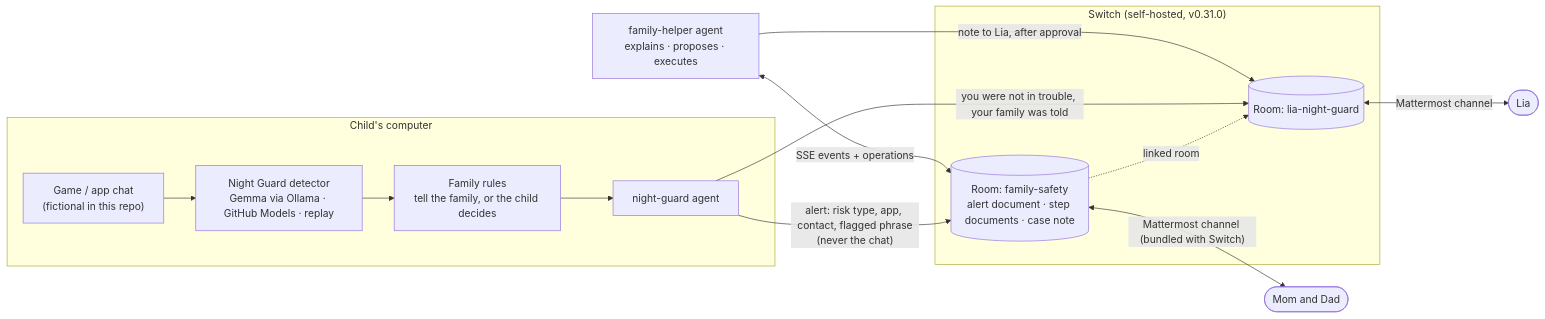
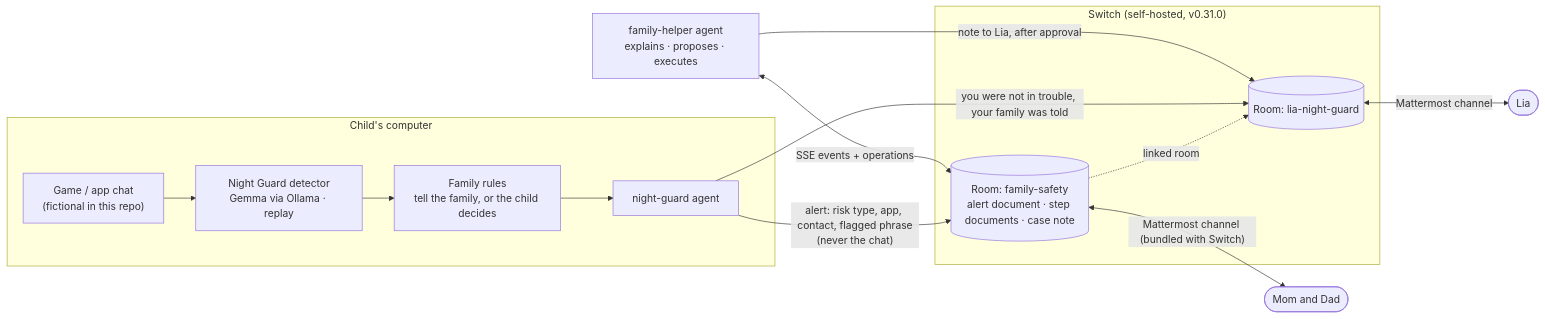
One commit to jenniferevangelista-de/night-guard-switch changed the diagram in README.md. Above: the diagram before and after it, drawn with Mermaid. The commit also changed other lines of this file and 3 other files, not shown here.

````diff
--- a/README.md
+++ b/README.md
@@ -43,19 +43,19 @@
 ```mermaid
 flowchart LR
   subgraph PC["Child's computer"]
-    chat["Game / app chat<br/>(fictional in this repo)"] --> det["Night Guard detector<br/>Gemma via Ollama · GitHub Models · replay"]
+    chat["Game / app chat<br/>(fictional in this repo)"] --> det["Night Guard detector<br/>Gemma via Ollama · replay"]
     det --> rules["Family rules<br/>tell the family, or the child decides"]
     rules --> ng["night-guard agent"]
   end
   subgraph SW["Switch (self-hosted, v0.31.0)"]
     fam[("Room: family-safety<br/>alert document · step documents · case note")]
     kid[("Room: lia-night-guard")]
     fam -. linked room .-> kid
   end
   ng -- "alert: risk type, app, contact, flagged phrase<br/>(never the chat)" --> fam
   ng -- "you were not in trouble, your family was told" --> kid
   fh["family-helper agent<br/>explains · proposes · executes"] <-- "SSE events + operations" --> fam
   fh -- "note to Lia, after approval" --> kid
   fam <-- "Mattermost channel (bundled with Switch)" --> parents(["Mom and Dad"])
   kid <-- "Mattermost channel" --> lia(["Lia"])
 ```
````
